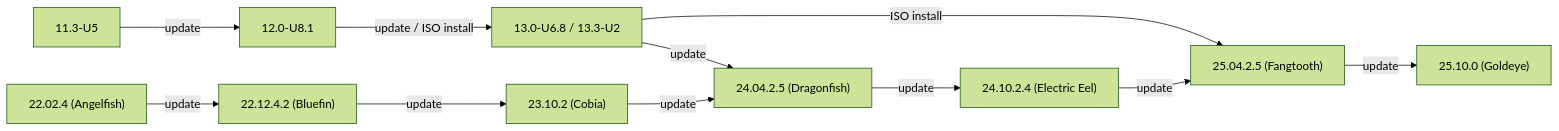
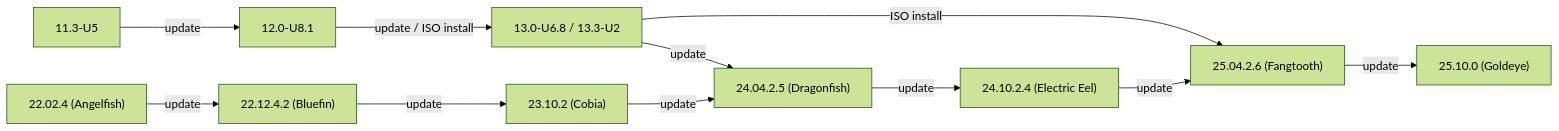
The first of 2 diagrams in static/includes/SCALEUpgradePaths.md (truenas/documentation), drawn with Mermaid (forest theme) before and after one commit. The commit also changed other lines of this file and 2 other files, not shown here.

Commit message:
master/26.04 followup for 25.04.2.6 release

```diff
--- a/static/includes/SCALEUpgradePaths.md
+++ b/static/includes/SCALEUpgradePaths.md
@@ -208,14 +208,14 @@
             {{< mermaid class="mermaid_sizing" >}}
             flowchart LR
               A["11.3-U5"] -->|update| B["12.0-U8.1"]
               B -->|"update / ISO install"| C["13.0-U6.8 / 13.3-U2"]
               C -->|update| G
               C -->|ISO install| I
               D["22.02.4 (Angelfish)"] -->|update| E
               E["22.12.4.2 (Bluefin)"] -->|update| F
               F["23.10.2 (Cobia)"] -->|update| G
               G["24.04.2.5 (Dragonfish)"] -->|update| H
               H["24.10.2.4 (Electric Eel)"] -->|update| I
-              I["25.04.2.5 (Fangtooth)"] -->|"update"| J
+              I["25.04.2.6 (Fangtooth)"] -->|"update"| J
             J["25.10.0 (Goldeye)"]
             {{< /mermaid >}}
```
